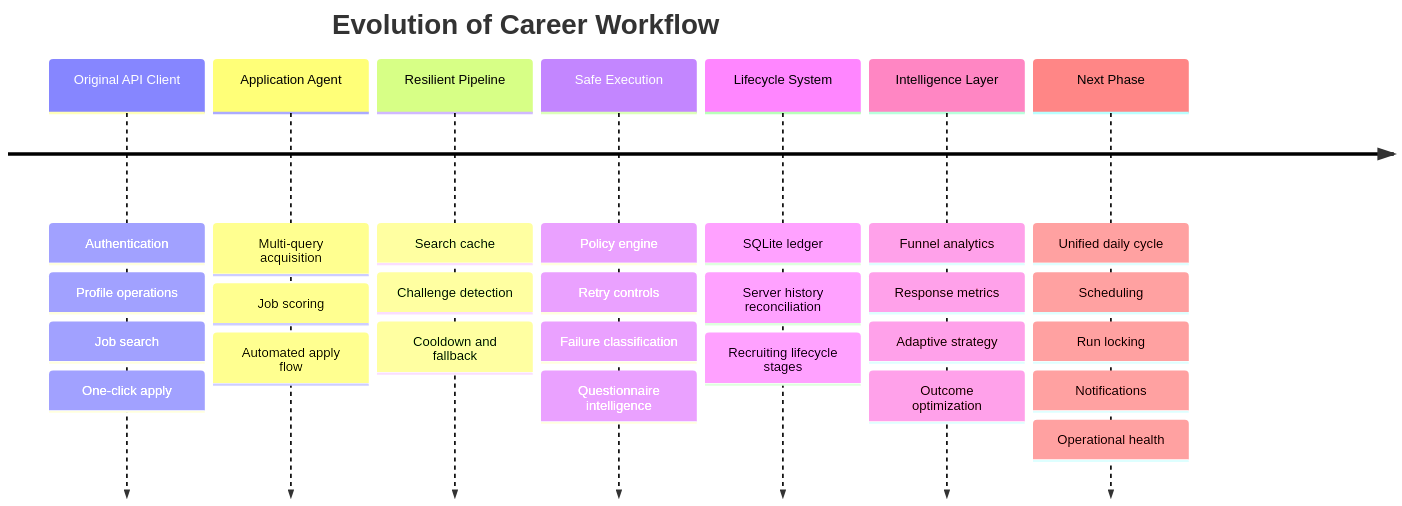
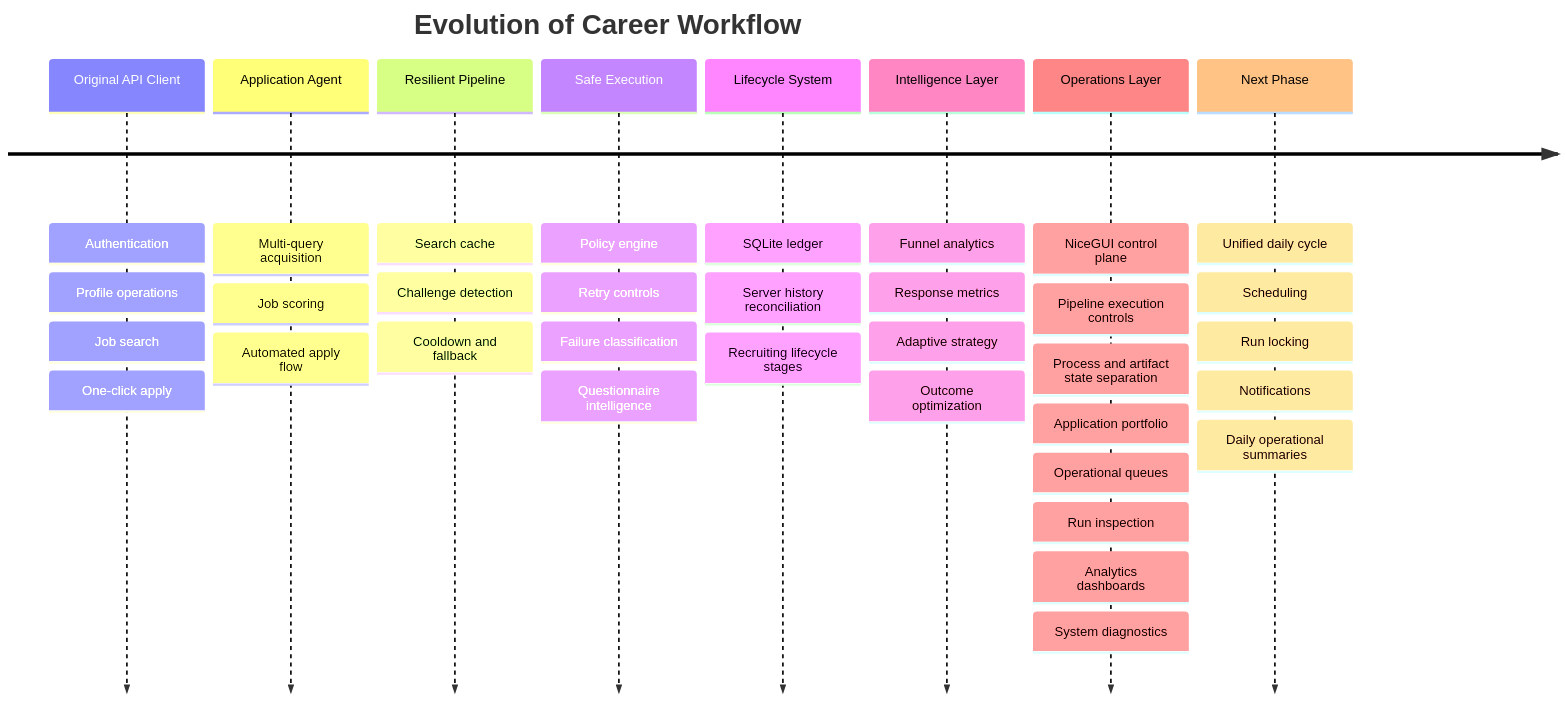
One commit to areddy1805/career-workflow changed diagram 11 of 11 in README.md. Above: the diagram before and after it, drawn with Mermaid. The commit also changed other lines of this file and 2 other files, not shown here.

Commit message:
docs: update control plane documentation and remove obsolete snapshots

````diff
--- a/README.md
+++ b/README.md
@@ -1228,30 +1367,38 @@
 ```mermaid
 timeline
     title Evolution of Career Workflow
     Original API Client : Authentication
                         : Profile operations
                         : Job search
                         : One-click apply
     Application Agent   : Multi-query acquisition
                         : Job scoring
                         : Automated apply flow
     Resilient Pipeline  : Search cache
                         : Challenge detection
                         : Cooldown and fallback
     Safe Execution      : Policy engine
                         : Retry controls
                         : Failure classification
                         : Questionnaire intelligence
     Lifecycle System    : SQLite ledger
                         : Server history reconciliation
                         : Recruiting lifecycle stages
     Intelligence Layer  : Funnel analytics
                         : Response metrics
                         : Adaptive strategy
                         : Outcome optimization
+    Operations Layer    : NiceGUI control plane
+                        : Pipeline execution controls
+                        : Process and artifact state separation
+                        : Application portfolio
+                        : Operational queues
+                        : Run inspection
+                        : Analytics dashboards
+                        : System diagnostics
     Next Phase          : Unified daily cycle
                         : Scheduling
                         : Run locking
                         : Notifications
-                        : Operational health
+                        : Daily operational summaries
 ```
````
